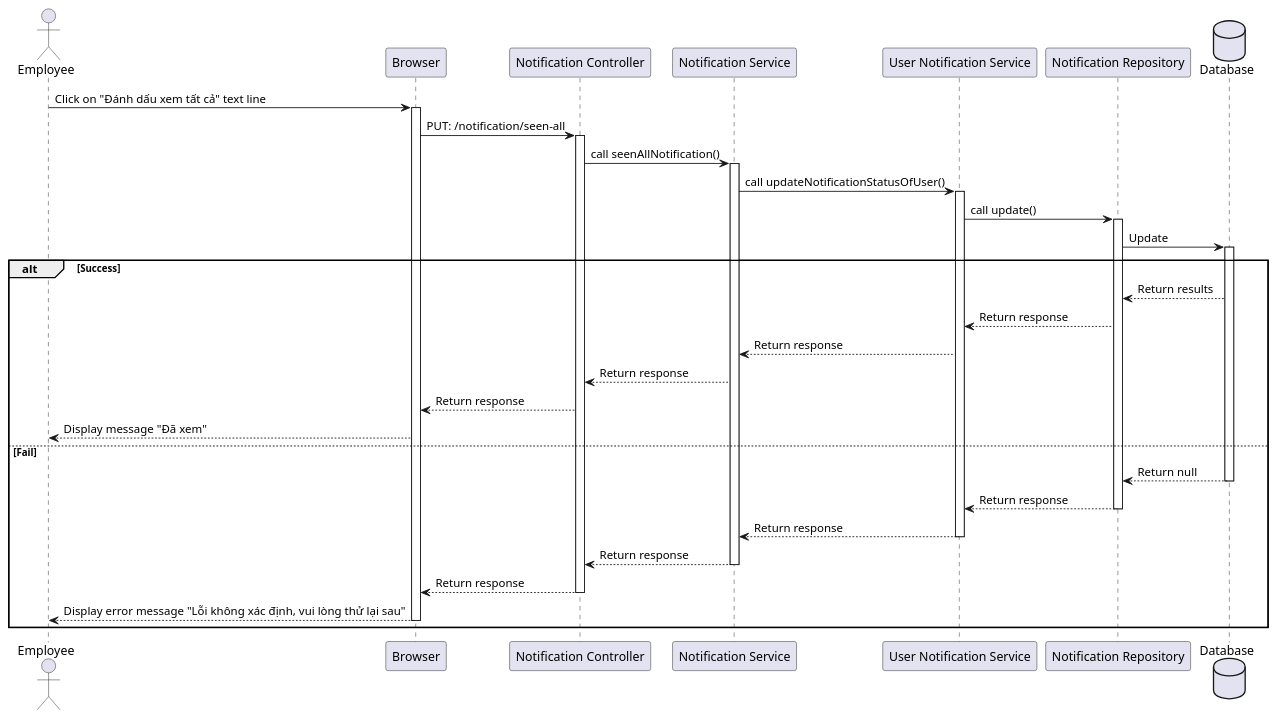
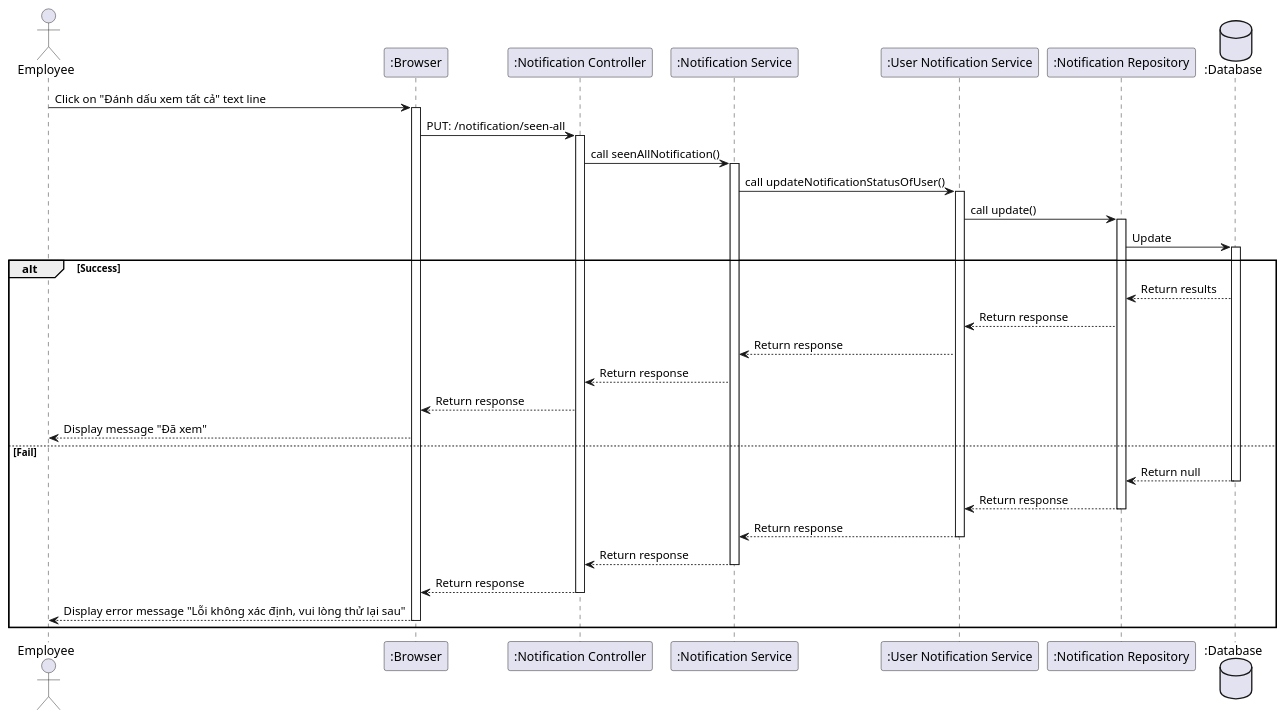
One commit to ngthanhtuung/ema-server changed the diagram in docs/employee/seenAllNotification.plantuml. Above: the diagram before and after it, drawn with PlantUML. The commit also changed 34 other files, not shown here.

```diff
--- a/docs/employee/seenAllNotification.plantuml
+++ b/docs/employee/seenAllNotification.plantuml
@@ -1,32 +1,32 @@
 @startuml
 
 actor Employee as user
-participant Browser as a
-participant "Notification Controller" as b
-participant "Notification Service" as c
-participant "User Notification Service" as d
-participant "Notification Repository" as e
-database Database as f
+participant ":Browser" as a
+participant ":Notification Controller" as b
+participant ":Notification Service" as c
+participant ":User Notification Service" as d
+participant ":Notification Repository" as e
+database ":Database" as f
 
 user -> a++: Click on "Đánh dấu xem tất cả" text line
 a -> b++: PUT: /notification/seen-all
 b -> c++: call seenAllNotification()
 c -> d++: call updateNotificationStatusOfUser()
 d -> e++: call update()
 e -> f++: Update
 alt Success
     f --> e: Return results
     e --> d: Return response
     d --> c: Return response
     c --> b: Return response
     b --> a: Return response
     a --> user: Display message "Đã xem"
 else Fail
     f --> e--: Return null
     e --> d--: Return response
     d --> c--: Return response
     c --> b--: Return response
     b --> a--: Return response
     a --> user--: Display error message "Lỗi không xác định, vui lòng thử lại sau"
 end
 @enduml
```
